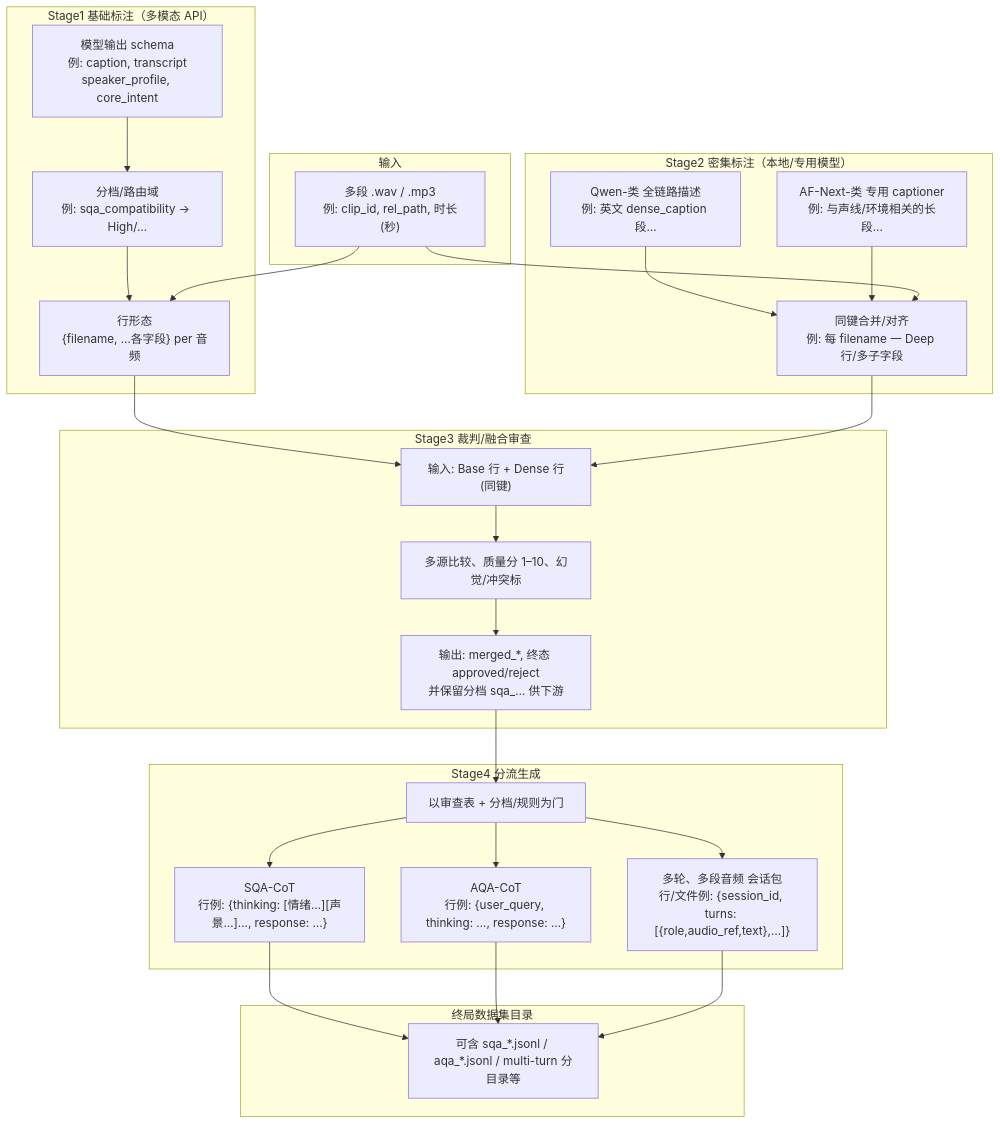
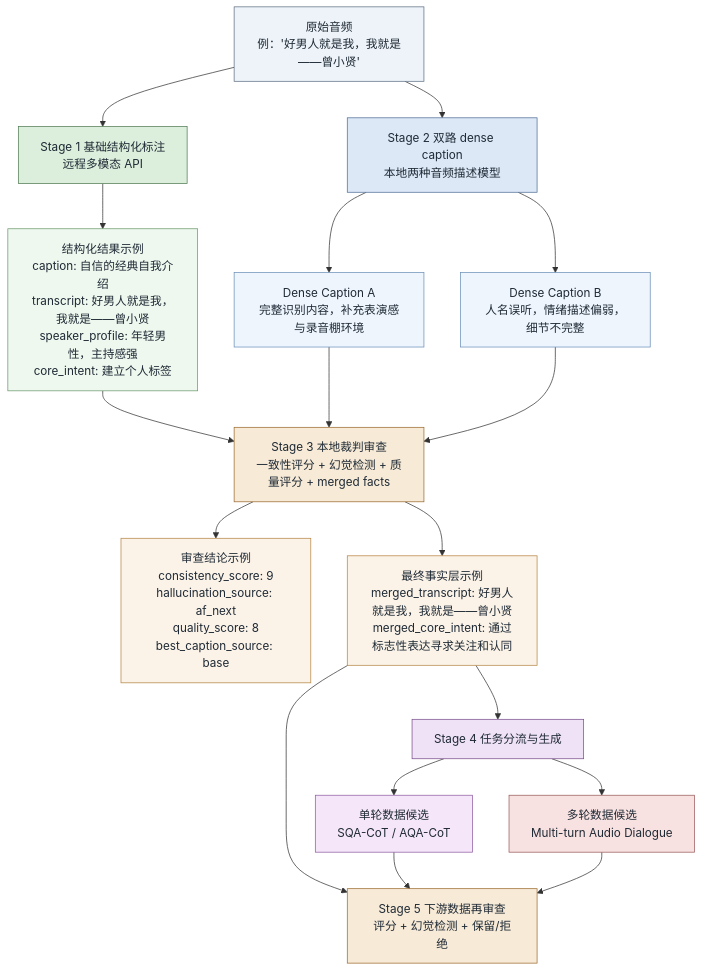
The first of 2 diagrams in WIKI.md (iclovemiku/caption-generation-qc-pipeline), drawn with Mermaid before and after one commit. The commit also changed other lines of this file, not shown here.

````diff
--- a/WIKI.md
+++ b/WIKI.md
@@ -53,51 +179,39 @@
 ```mermaid
 flowchart TD
-    subgraph IN["输入"]
-        A0["多段 .wav / .mp3<br/>例: clip_id, rel_path, 时长(秒)"]
-    end
+    A["原始音频<br/>例：'好男人就是我，我就是——曾小贤'"] --> B["Stage 1 基础结构化标注<br/>远程多模态 API"]
 
-    subgraph S1["Stage1 基础标注（多模态 API）"]
-        S1a["模型输出 schema<br/>例: caption, transcript<br/>speaker_profile, core_intent"]
-        S1b["分档/路由域<br/>例: sqa_compatibility → High/…"]
-        S1c["行形态<br/>{filename, …各字段} per 音频"]
-        S1a --> S1b --> S1c
-    end
+    B --> B1["结构化结果示例<br/>caption: 自信的经典自我介绍<br/>transcript: 好男人就是我，我就是——曾小贤<br/>speaker_profile: 年轻男性，主持感强<br/>core_intent: 建立个人标签"]
 
-    subgraph S2["Stage2 密集标注（本地/专用模型）"]
-        S2a["Qwen-类 全链路描述<br/>例: 英文 dense_caption 段…"]
-        S2b["AF-Next-类 专用 captioner<br/>例: 与声线/环境相关的长段…"]
-        S2c["同键合并/对齐<br/>例: 每 filename 一 Deep 行/多子字段"]
-        S2a --> S2c
-        S2b --> S2c
-    end
+    A --> C["Stage 2 双路 dense caption<br/>本地两种音频描述模型"]
 
-    subgraph S3["Stage3 裁判/融合审查"]
-        S3a["输入: Base 行 + Dense 行(同键)"]
-        S3b["多源比较、质量分 1–10、幻觉/冲突标"]
-        S3c["输出: merged_*, 终态 approved/reject<br/>并保留分档 sqa_… 供下游"]
-        S3a --> S3b --> S3c
-    end
+    C --> C1["Dense Caption A<br/>完整识别内容，补充表演感与录音棚环境"]
+    C --> C2["Dense Caption B<br/>人名误听，情绪描述偏弱，细节不完整"]
 
-    subgraph S4["Stage4 分流生成"]
-        T0["以审查表 + 分档/规则为门"]
-        T1["SQA-CoT<br/>行例: {thinking: [情绪…][声景…]…, response: …}"]
-        T2["AQA-CoT<br/>行例: {user_query, thinking: …, response: …}"]
-        T3["多轮、多段音频 会话包<br/>行/文件例: {session_id, turns: [{role,audio_ref,text},…]}"]
-        T0 --> T1
-        T0 --> T2
-        T0 --> T3
-    end
+    B1 --> D["Stage 3 本地裁判审查<br/>一致性评分 + 幻觉检测 + 质量评分 + merged facts"]
+    C1 --> D
+    C2 --> D
 
-    subgraph OUT["终局数据集目录"]
-        O1["可含 sqa_*.jsonl / aqa_*.jsonl / multi-turn 分目录等"]
-    end
+    D --> D1["审查结论示例<br/>consistency_score: 9<br/>hallucination_source: af_next<br/>quality_score: 8<br/>best_caption_source: base"]
+    D --> D2["最终事实层示例<br/>merged_transcript: 好男人就是我，我就是——曾小贤<br/>merged_core_intent: 通过标志性表达寻求关注和认同"]
 
-    A0 --> S1c
-    A0 --> S2c
-    S1c --> S3a
-    S2c --> S3a
-    S3c --> T0
-    T1 --> O1
-    T2 --> O1
-    T3 --> O1
+    D2 --> E["Stage 4 任务分流与生成"]
+    E --> F["单轮数据候选<br/>SQA-CoT / AQA-CoT"]
+    E --> G["多轮数据候选<br/>Multi-turn Audio Dialogue"]
+    D2 --> H["Stage 5 下游数据再审查<br/>以 Stage 3 的 merged caption / facts 为参照"]
+    F --> H["Stage 5 下游数据再审查<br/>评分 + 幻觉检测 + 保留/拒绝"]
+    G --> H
+
+    style A fill:#edf3f8,stroke:#5e7082,color:#1f2a35
+    style B fill:#dcefdc,stroke:#4f7a52,color:#1f2a35
+    style B1 fill:#eff8ef,stroke:#6b9a6e,color:#1f2a35
+    style C fill:#dce8f6,stroke:#4e6f95,color:#1f2a35
+    style C1 fill:#eef5fd,stroke:#6b8fb8,color:#1f2a35
+    style C2 fill:#eef5fd,stroke:#6b8fb8,color:#1f2a35
+    style D fill:#f7ead7,stroke:#9b6b2f,color:#1f2a35
+    style D1 fill:#fbf3e8,stroke:#b78544,color:#1f2a35
+    style D2 fill:#fbf3e8,stroke:#b78544,color:#1f2a35
+    style E fill:#efe2f7,stroke:#7a4f8c,color:#1f2a35
+    style F fill:#f6e6f9,stroke:#8d5ca1,color:#1f2a35
+    style G fill:#f8e1e1,stroke:#9a5a5a,color:#1f2a35
+    style H fill:#f7ead7,stroke:#9b6b2f,color:#1f2a35
 ```
````
